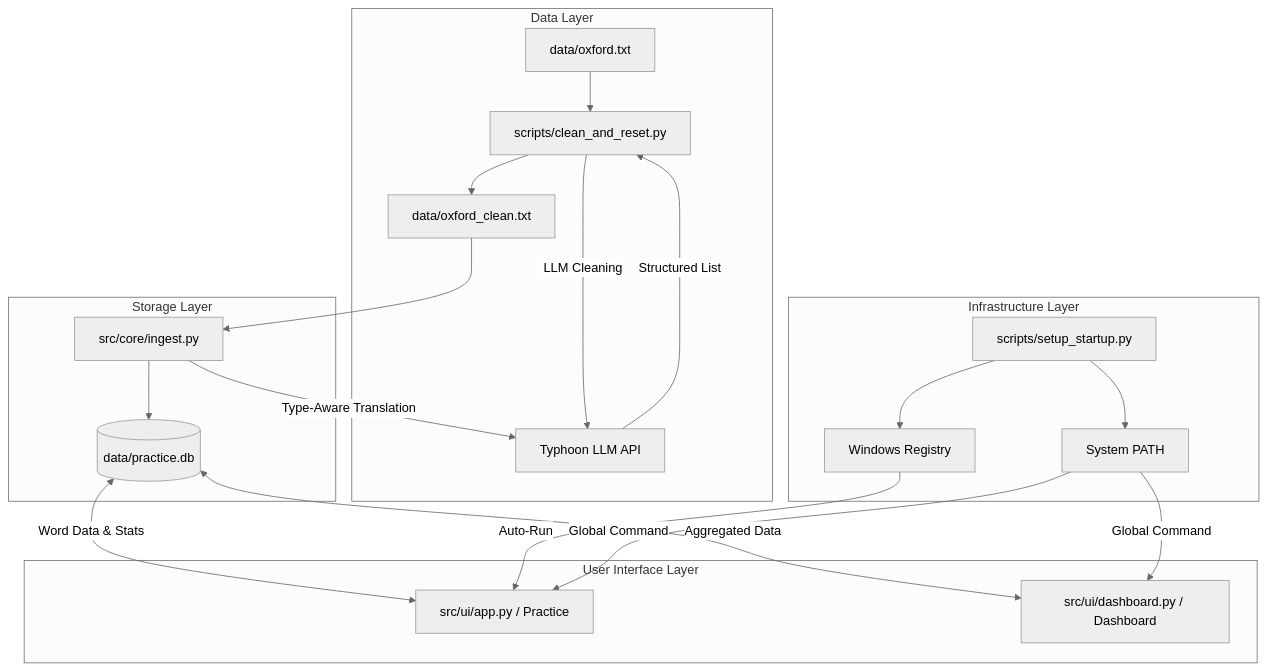
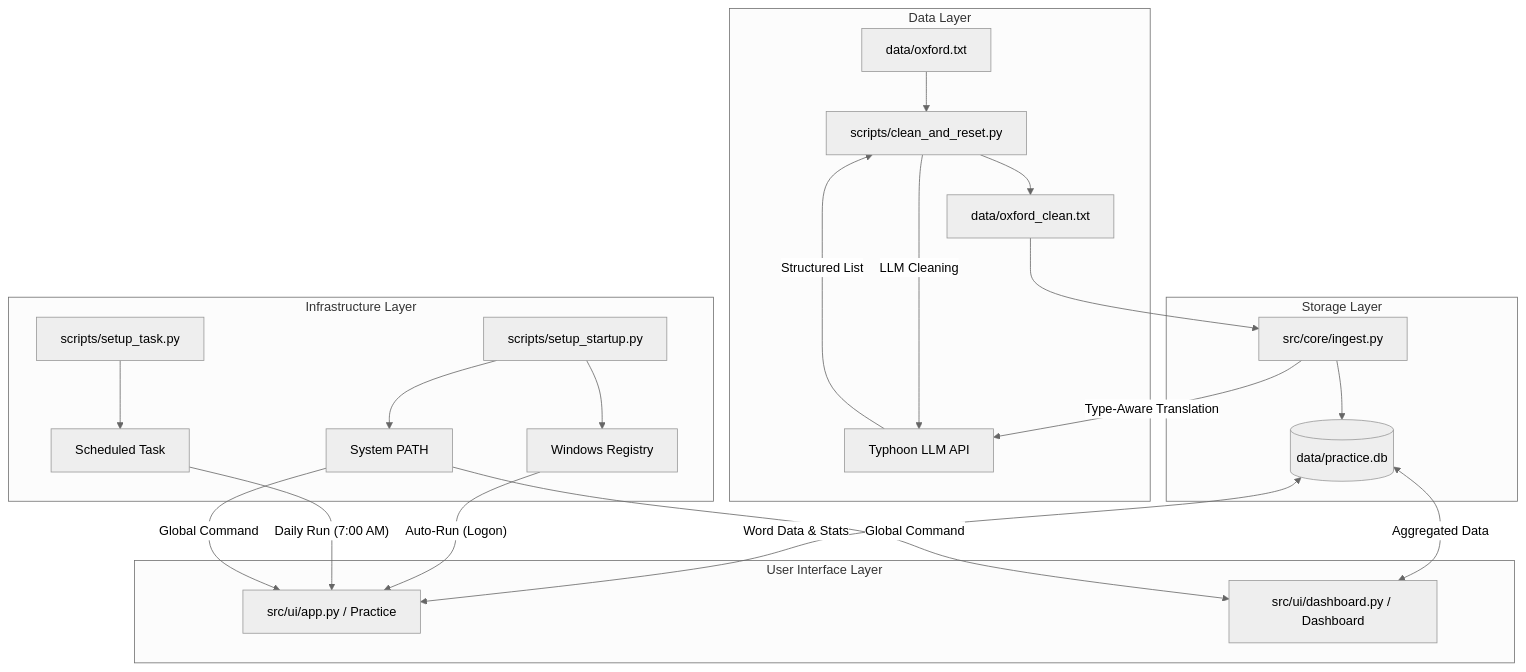
Before and after one commit to PhoengZ/practice-english-application: the diagram in README.md, drawn with Mermaid (neutral theme). The commit also changed other lines of this file and 1 other file, not shown here.

First line of the commit message:
docs: update architecture and installation guide

````diff
--- a/README.md
+++ b/README.md
@@ -17,28 +17,30 @@
 ```mermaid
 graph TD
     subgraph "Data Layer"
         RAW[data/oxford.txt] --> CLEANER[scripts/clean_and_reset.py]
         CLEANER -- "LLM Cleaning" --> TYPHOON[Typhoon LLM API]
         TYPHOON -- "Structured List" --> CLEANER
         CLEANER --> CLEAN[data/oxford_clean.txt]
     end
 
     subgraph "Storage Layer"
         CLEAN --> INGEST[src/core/ingest.py]
         INGEST -- "Type-Aware Translation" --> TYPHOON
         INGEST --> DB[(data/practice.db)]
     end
 
     subgraph "User Interface Layer"
         DB <--> |"Word Data & Stats"| APP[src/ui/app.py / Practice]
         DB <--> |"Aggregated Data"| DASH[src/ui/dashboard.py / Dashboard]
     end
 
     subgraph "Infrastructure Layer"
         SETUP[scripts/setup_startup.py] --> REG[Windows Registry]
+        SETUP_TASK[scripts/setup_task.py] --> TASK[Scheduled Task]
         SETUP --> PATH[System PATH]
-        REG -- "Auto-Run" --> APP
+        REG -- "Auto-Run (Logon)" --> APP
+        TASK -- "Daily Run (7:00 AM)" --> APP
         PATH -- "Global Command" --> APP
         PATH -- "Global Command" --> DASH
     end
 ```
````
